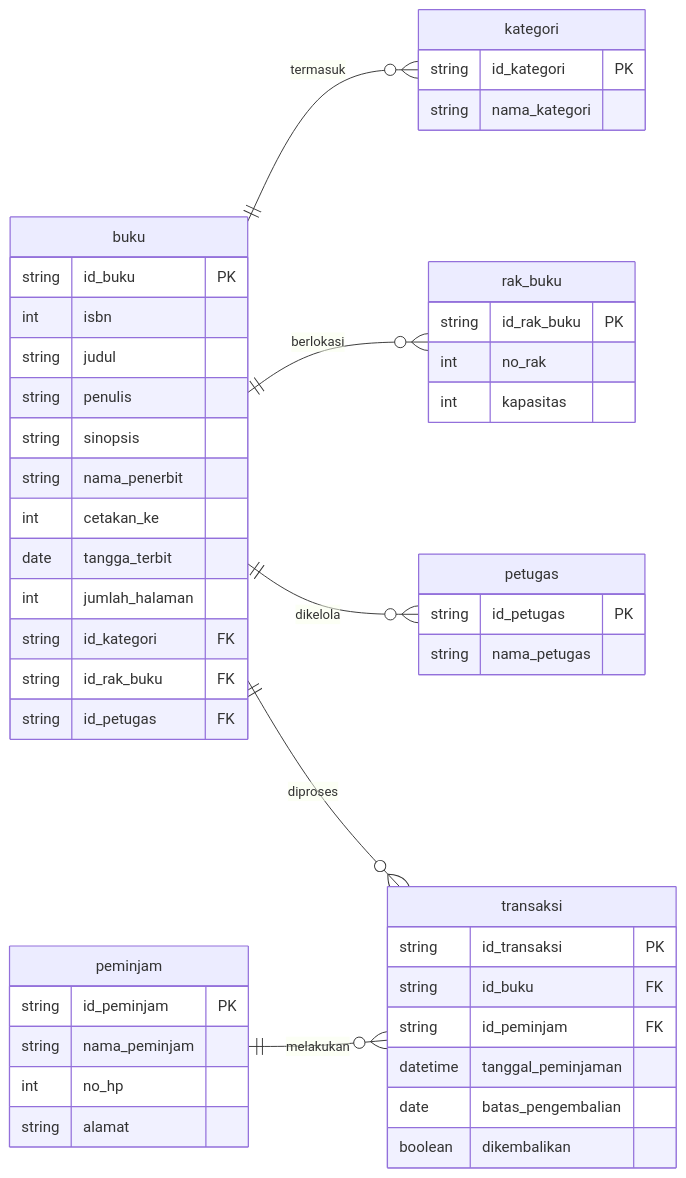
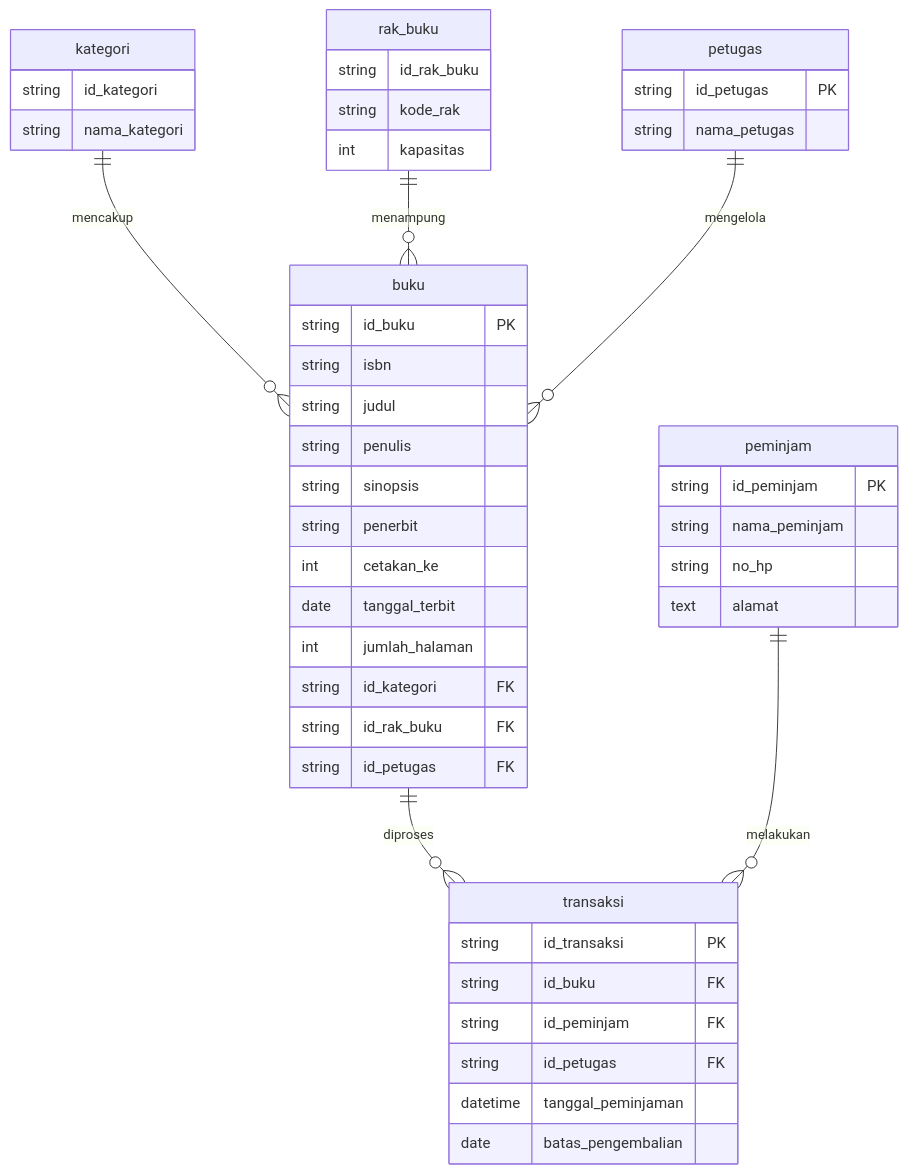
Before and after one commit to ranandasatria/fgo24-db-erd: the diagram in README.md, drawn with Mermaid.

Commit message:
feat: change relation from buku -> kategori to kategori -> buku and buku -> rak_buku to rak_buku -> buku

````diff
--- a/README.md
+++ b/README.md
@@ -1,56 +1,55 @@
 ```mermaid
 erDiagram
-direction LR
-    buku ||--o{ kategori : termasuk
-    buku ||--o{ rak_buku : berlokasi
-    buku ||--o{ petugas : dikelola
+    kategori ||--o{ buku : mencakup
+    rak_buku ||--o{ buku : menampung
+    petugas ||--o{ buku : mengelola
     buku ||--o{ transaksi : diproses
     peminjam ||--o{ transaksi : melakukan
 
     buku {
         string id_buku PK
-        int isbn
+        string isbn 
         string judul
         string penulis
-        string sinopsis
-        string nama_penerbit
+        string sinopsis 
+        string penerbit
         int cetakan_ke
-        date tangga_terbit
+        date tanggal_terbit
         int jumlah_halaman
         string id_kategori FK
         string id_rak_buku FK
         string id_petugas FK
     }
 
     kategori {
-        string id_kategori PK
+        string id_kategori 
         string nama_kategori
     }
 
     rak_buku {
-        string id_rak_buku PK
-        int no_rak
+        string id_rak_buku 
+        string kode_rak
         int kapasitas
     }
 
     petugas {
         string id_petugas PK
         string nama_petugas
     }
 
     peminjam {
         string id_peminjam PK
         string nama_peminjam
-        int no_hp
-        string alamat
+        string no_hp
+        text alamat
     }
 
     transaksi {
         string id_transaksi PK
         string id_buku FK
         string id_peminjam FK
+        string id_petugas FK
         datetime tanggal_peminjaman
         date batas_pengembalian
-        boolean dikembalikan
     }
 ```
````
